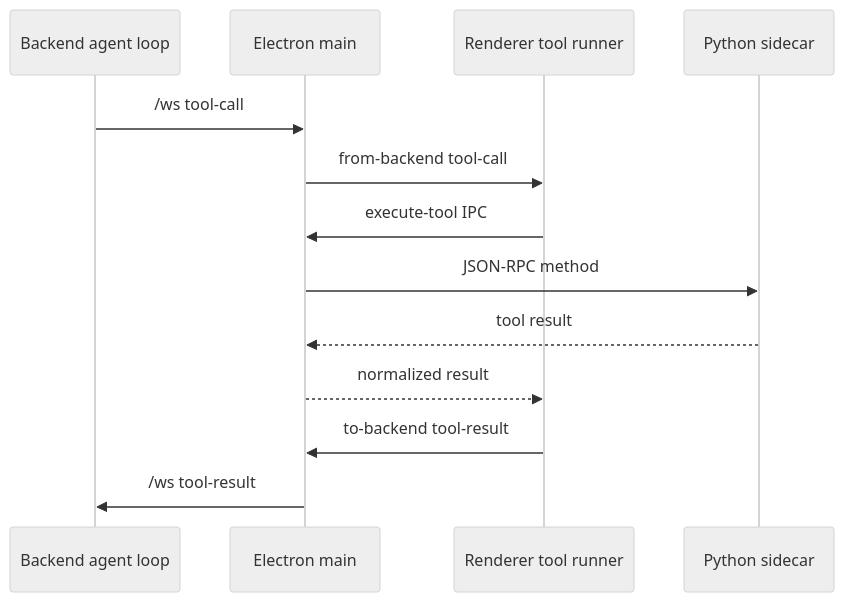
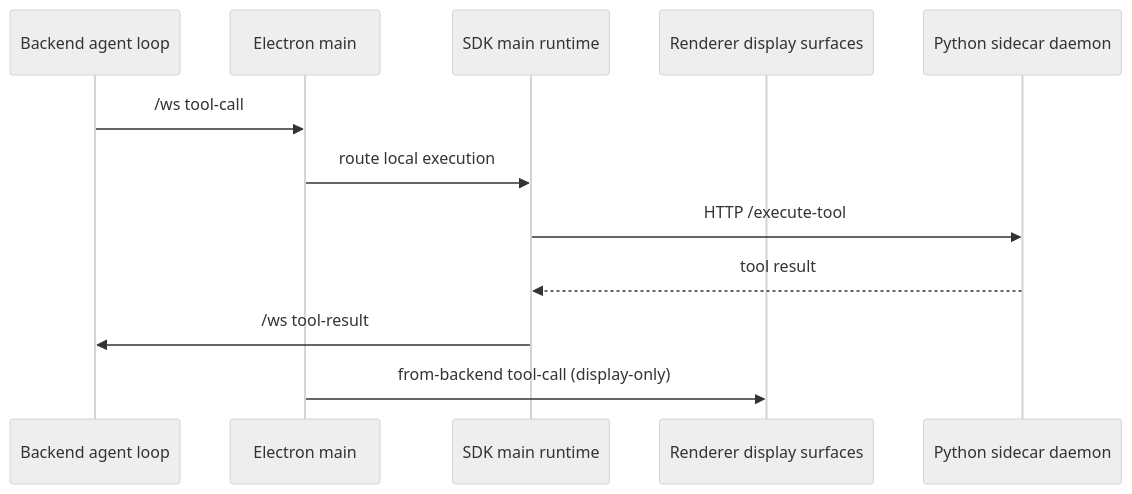
Before and after one commit to buiilding/My_Own_OpenClaw: the diagram in docs/channels/sidecar_and_tool_channels.md, drawn with Mermaid (neutral theme). The commit also changed other lines of this file and 12 other files, not shown here.

Commit message:
feat(sdk): own electron tool result routing

````diff
--- a/docs/channels/sidecar_and_tool_channels.md
+++ b/docs/channels/sidecar_and_tool_channels.md
@@ -15,16 +15,15 @@
 ```mermaid
 sequenceDiagram
     participant Backend as Backend agent loop
     participant Main as Electron main
-    participant Renderer as Renderer tool runner
-    participant Sidecar as Python sidecar
+    participant SDK as SDK main runtime
+    participant Renderer as Renderer display surfaces
+    participant Sidecar as Python sidecar daemon
 
     Backend->>Main: /ws tool-call
-    Main->>Renderer: from-backend tool-call
-    Renderer->>Main: execute-tool IPC
-    Main->>Sidecar: JSON-RPC method
-    Sidecar-->>Main: tool result
-    Main-->>Renderer: normalized result
-    Renderer->>Main: to-backend tool-result
-    Main->>Backend: /ws tool-result
+    Main->>SDK: route local execution
+    SDK->>Sidecar: HTTP /execute-tool
+    Sidecar-->>SDK: tool result
+    SDK->>Backend: /ws tool-result
+    Main->>Renderer: from-backend tool-call (display-only)
 ```
````
